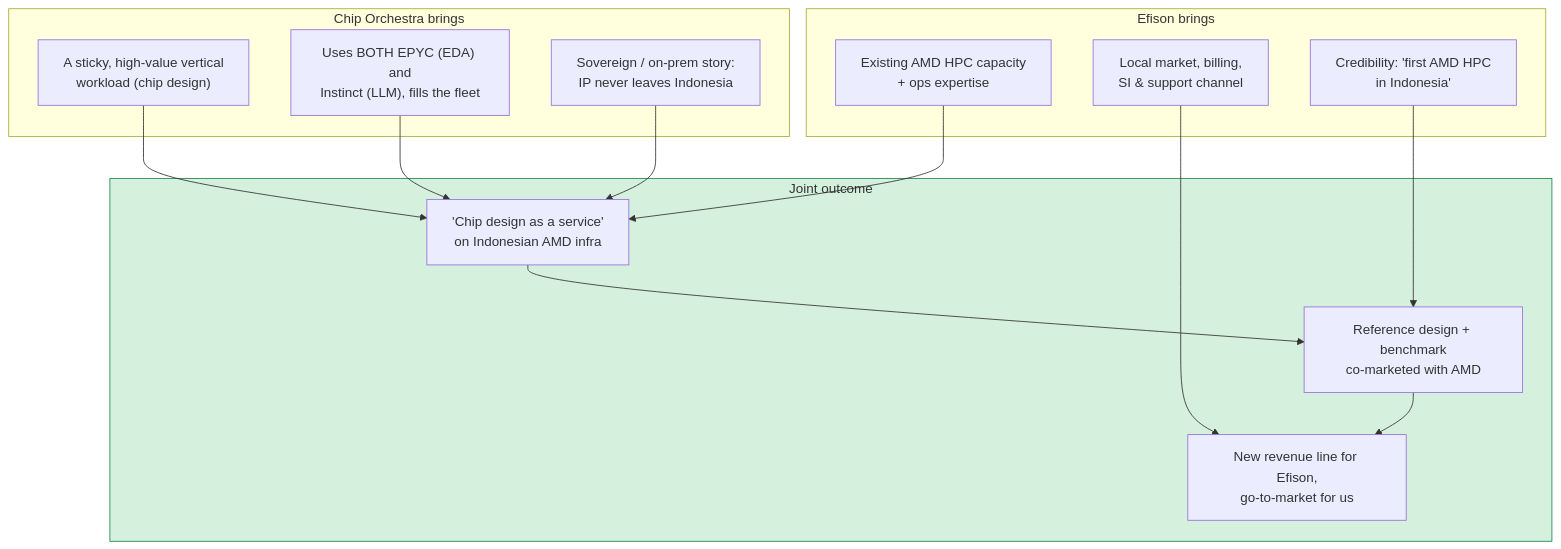
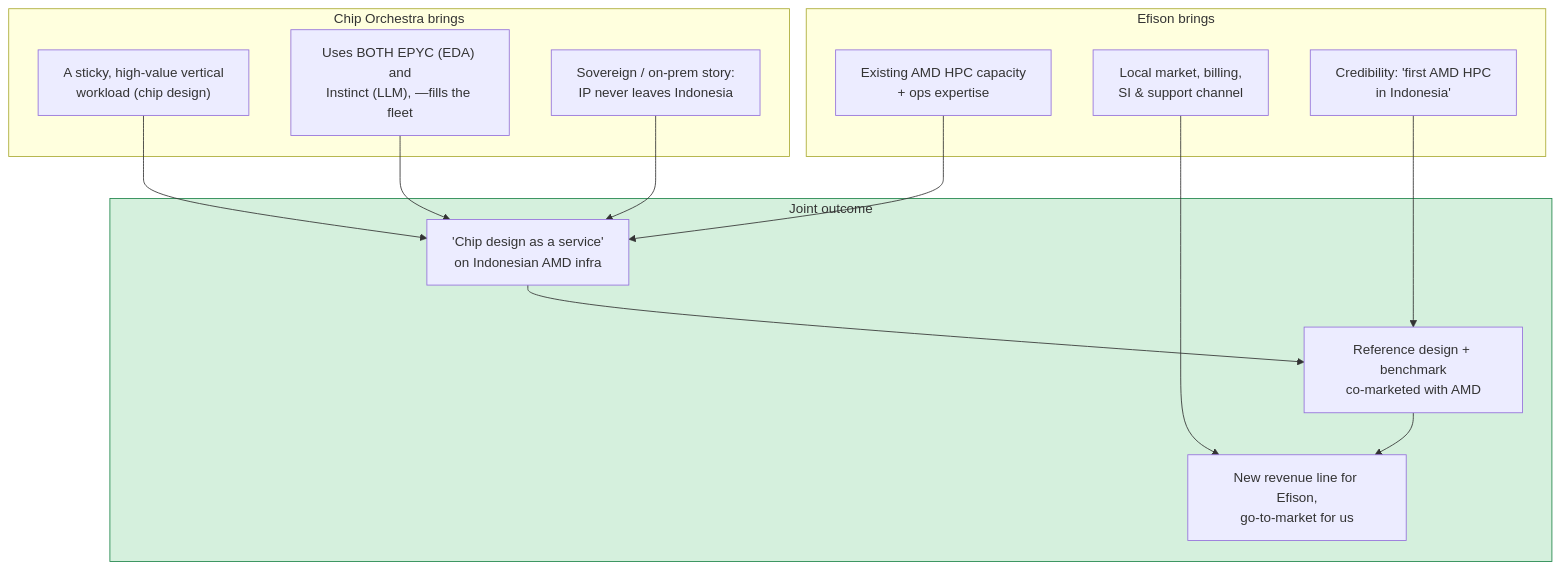
Before and after one commit to radhian/Chip-Orchestra: the fifth of 9 diagrams in docs/platform_x_amd_deck.md, drawn with Mermaid. The commit also changed other lines of this file, not shown here.

````diff
--- a/docs/platform_x_amd_deck.md
+++ b/docs/platform_x_amd_deck.md
@@ -181,26 +167,26 @@
 ```mermaid
 flowchart TB
     subgraph CO["Chip Orchestra brings"]
         X1["A sticky, high-value vertical<br/>workload (chip design)"]
-        X2["Uses BOTH EPYC (EDA) and<br/>Instinct (LLM), fills the fleet"]
+        X2["Uses BOTH EPYC (EDA) and<br/>Instinct (LLM), —fills the fleet"]
         X3["Sovereign / on-prem story:<br/>IP never leaves Indonesia"]
     end
     subgraph EF["Efison brings"]
         Y1["Existing AMD HPC capacity<br/>+ ops expertise"]
         Y2["Local market, billing,<br/>SI & support channel"]
         Y3["Credibility: 'first AMD HPC<br/>in Indonesia'"]
     end
     subgraph WIN["Joint outcome"]
         Z1["'Chip design as a service'<br/>on Indonesian AMD infra"]
         Z2["Reference design + benchmark<br/>co-marketed with AMD"]
         Z3["New revenue line for Efison,<br/>go-to-market for us"]
     end
     X1 --> Z1
     X2 --> Z1
     Y1 --> Z1
     Y2 --> Z3
     X3 --> Z1
     Y3 --> Z2
     Z1 --> Z2 --> Z3
     style WIN fill:#d5f0dd,stroke:#1e8449
 ```
````
